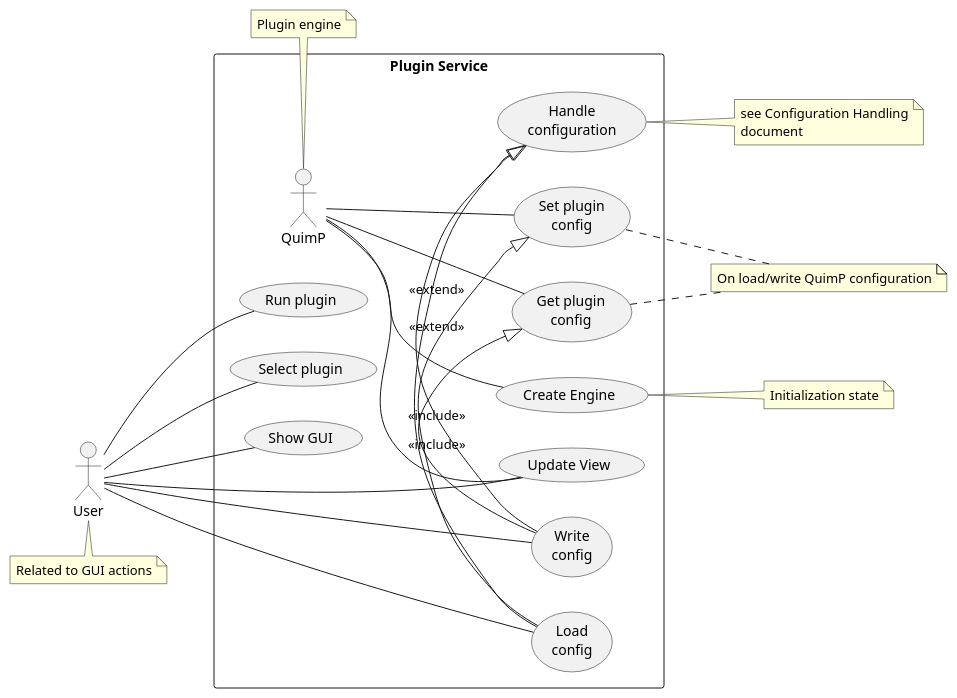
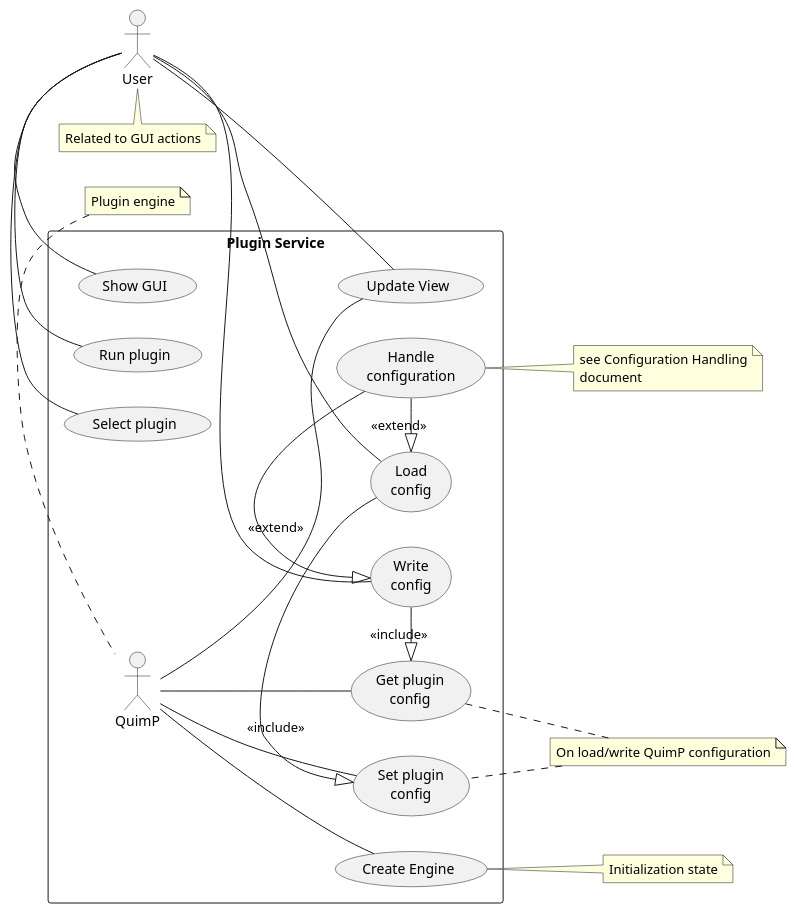
The first of 10 diagrams in Doxygen_doc/SnakePlugin.md (CellDynamics/QuimP), drawn with PlantUML before and after one commit. The commit also changed other lines of this file and 3 other files, not shown here.

```diff
--- a/Doxygen_doc/SnakePlugin.md
+++ b/Doxygen_doc/SnakePlugin.md
@@ -40,29 +56,29 @@
 @startuml
 left to right direction
 
 :User: as user
 rectangle "Plugin Service" {
     :QuimP: as quimp
     quimp--(Create Engine)
-    user--(Run plugin)
-    user--(Select plugin)
-    user--(Show GUI)
-    user--(Load\nconfig)
+    user-(Run plugin)
+    user-(Select plugin)
+    user-(Show GUI)
+    user-(Load\nconfig)
     user--(Write\nconfig)
     quimp--(Get plugin\nconfig)
     quimp--(Set plugin\nconfig)
     quimp--(Update View)
     user--(Update View)
     (Get plugin\nconfig)<|-(Write\nconfig):<<include>>
     (Set plugin\nconfig)<|-(Load\nconfig):<<include>>
-    (Write\nconfig)-|>(Handle\nconfiguration):<<extend>>
-    (Load\nconfig)-|>(Handle\nconfiguration):<<extend>>
+    (Write\nconfig)<|-(Handle\nconfiguration):<<extend>>
+    (Load\nconfig)<|-(Handle\nconfiguration):<<extend>>
 }
 note bottom of user : Related to GUI actions
 note top of quimp : Plugin engine
 note right of (Create Engine) : Initialization state
 note "On load/write QuimP configuration" as N2
 (Get plugin\nconfig) .. N2
 N2 .. (Set plugin\nconfig)
 note right of (Handle\nconfiguration) : see Configuration Handling\ndocument
 @enduml
```
